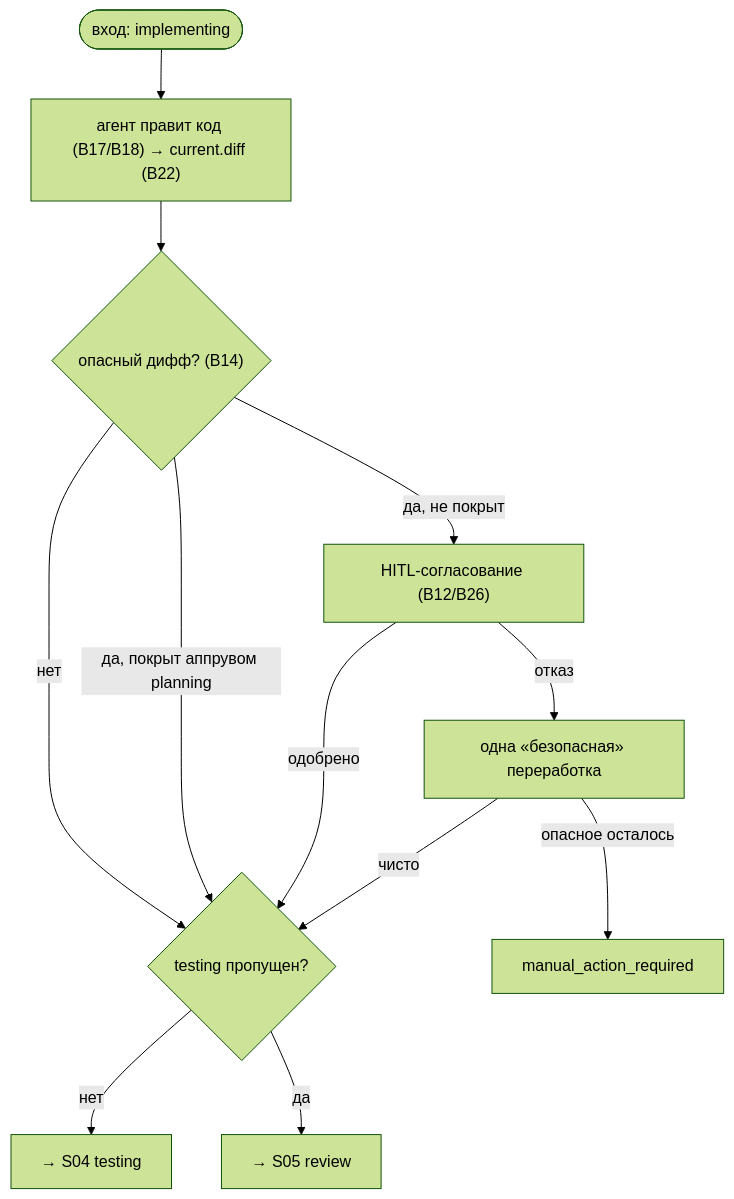
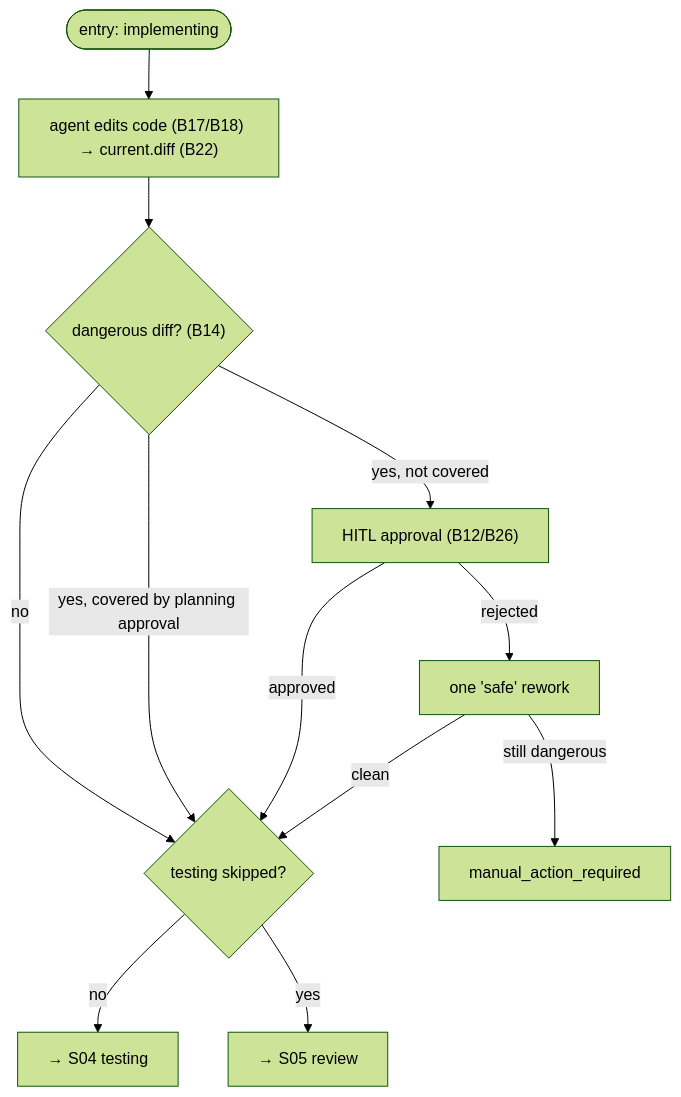
Before and after one commit to VladimirMakarevich/wastech-orchestrator: the diagram in docs/functional/flows/coding/S03-implementation.md, drawn with Mermaid (forest theme). The commit also changed other lines of this file and 41 other files, not shown here.

Commit message:
docs: translate system flows documentation from Russian to English, ensuring clarity and consistency in terminology. Update sequence diagrams and flowcharts to reflect the changes in language. Maintain the structure and references to blocks for ease of navigation.

````diff
--- a/docs/functional/flows/coding/S03-implementation.md
+++ b/docs/functional/flows/coding/S03-implementation.md
@@ -41,14 +41,14 @@
 ```mermaid
 flowchart TB
-    start(["вход: implementing"]) --> edit["агент правит код (B17/B18) → current.diff (B22)"]
-    edit --> cls{"опасный дифф? (B14)"}
-    cls -->|нет| next
-    cls -->|"да, покрыт аппрувом planning"| next
-    cls -->|"да, не покрыт"| ask["HITL-согласование (B12/B26)"]
-    ask -->|одобрено| next{"testing пропущен?"}
-    ask -->|отказ| redo["одна «безопасная» переработка"]
-    redo -->|опасное осталось| manual["manual_action_required"]
-    redo -->|чисто| next
-    next -->|нет| t["→ S04 testing"]
-    next -->|да| r["→ S05 review"]
+    start(["entry: implementing"]) --> edit["agent edits code (B17/B18) → current.diff (B22)"]
+    edit --> cls{"dangerous diff? (B14)"}
+    cls -->|no| next
+    cls -->|"yes, covered by planning approval"| next
+    cls -->|"yes, not covered"| ask["HITL approval (B12/B26)"]
+    ask -->|approved| next{"testing skipped?"}
+    ask -->|rejected| redo["one 'safe' rework"]
+    redo -->|still dangerous| manual["manual_action_required"]
+    redo -->|clean| next
+    next -->|no| t["→ S04 testing"]
+    next -->|yes| r["→ S05 review"]
 ```
````
